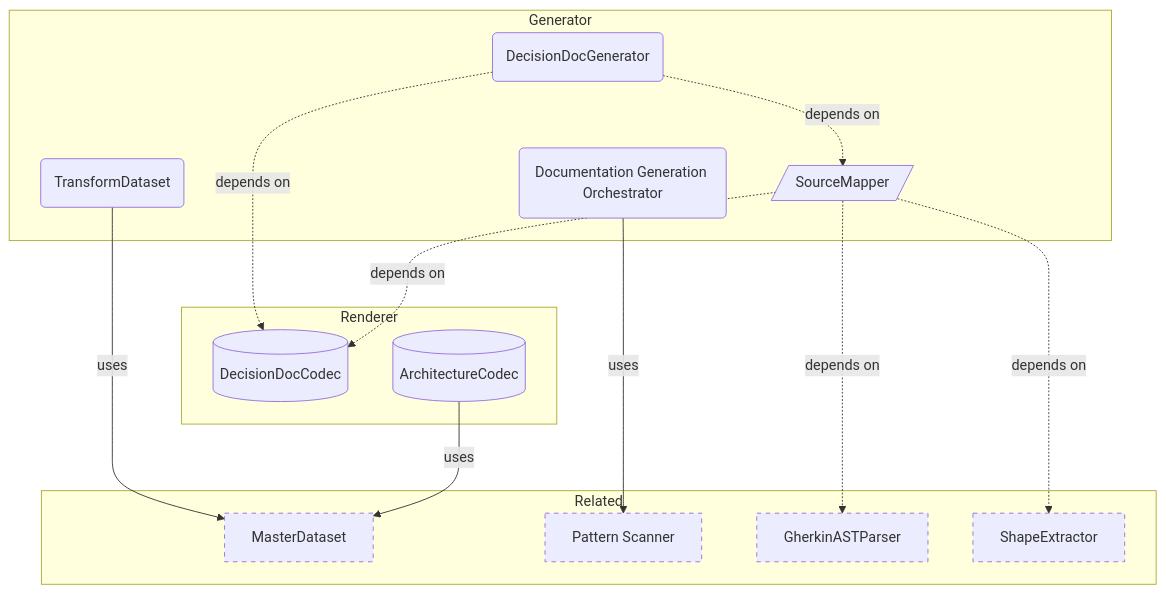
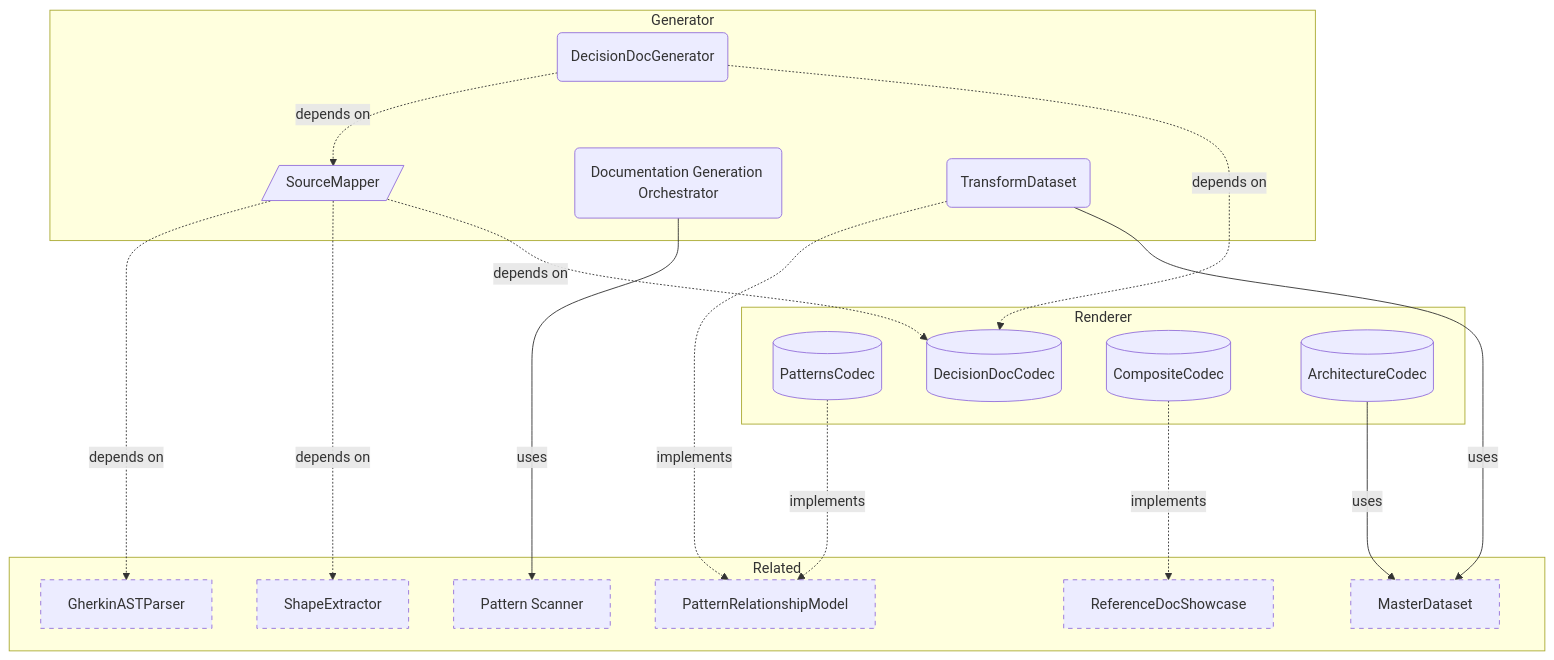
The diagram in docs-live/product-areas/GENERATION.md (libar-dev/architect), drawn with Mermaid before and after one commit. The commit also changed other lines of this file and 33 other files, not shown here.

````diff
--- a/docs-live/product-areas/GENERATION.md
+++ b/docs-live/product-areas/GENERATION.md
@@ -22,28 +22,35 @@
 ```mermaid
 graph TB
     subgraph generator["Generator"]
         SourceMapper[/"SourceMapper"/]
         Documentation_Generation_Orchestrator("Documentation Generation Orchestrator")
         TransformDataset("TransformDataset")
         DecisionDocGenerator("DecisionDocGenerator")
     end
     subgraph renderer["Renderer"]
+        PatternsCodec[("PatternsCodec")]
         DecisionDocCodec[("DecisionDocCodec")]
+        CompositeCodec[("CompositeCodec")]
         ArchitectureCodec[("ArchitectureCodec")]
     end
     subgraph related["Related"]
         MasterDataset["MasterDataset"]:::neighbor
         Pattern_Scanner["Pattern Scanner"]:::neighbor
         GherkinASTParser["GherkinASTParser"]:::neighbor
         ShapeExtractor["ShapeExtractor"]:::neighbor
+        ReferenceDocShowcase["ReferenceDocShowcase"]:::neighbor
+        PatternRelationshipModel["PatternRelationshipModel"]:::neighbor
     end
     SourceMapper -.->|depends on| DecisionDocCodec
     SourceMapper -.->|depends on| ShapeExtractor
     SourceMapper -.->|depends on| GherkinASTParser
     Documentation_Generation_Orchestrator -->|uses| Pattern_Scanner
-    ArchitectureCodec -->|uses| MasterDataset
     TransformDataset -->|uses| MasterDataset
+    TransformDataset ..->|implements| PatternRelationshipModel
     DecisionDocGenerator -.->|depends on| DecisionDocCodec
     DecisionDocGenerator -.->|depends on| SourceMapper
+    PatternsCodec ..->|implements| PatternRelationshipModel
+    CompositeCodec ..->|implements| ReferenceDocShowcase
+    ArchitectureCodec -->|uses| MasterDataset
     classDef neighbor stroke-dasharray: 5 5
 ```
````
